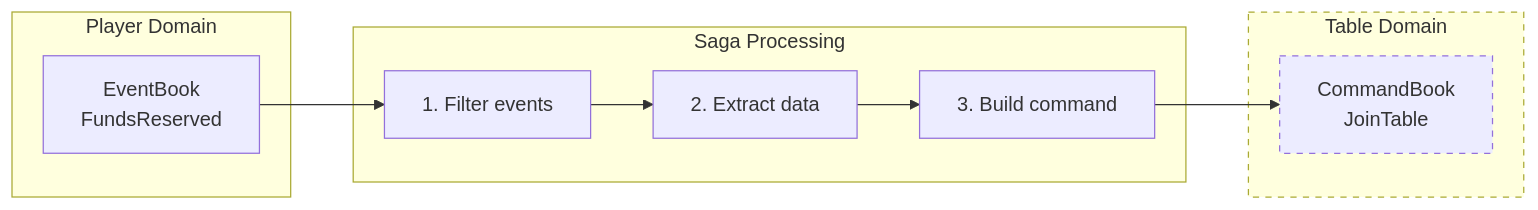
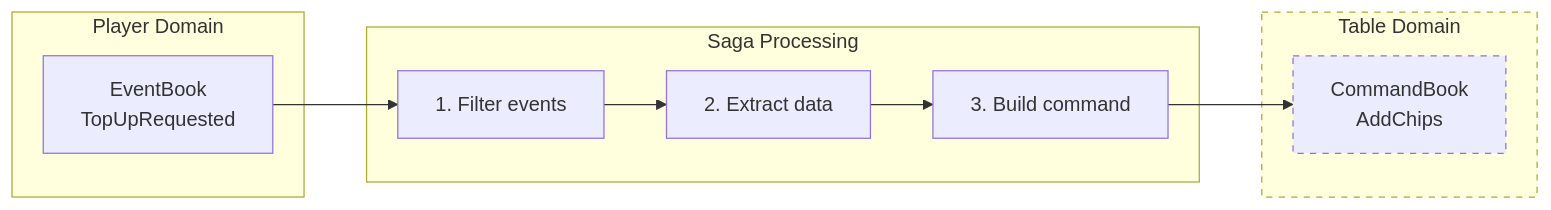
The diagram in site/src/content/docs/components/saga.mdx (angzarr-io/angzarr-project), drawn with Mermaid before and after one commit. The commit also changed other lines of this file and 30 other files, not shown here.

````diff
--- a/site/src/content/docs/components/saga.mdx
+++ b/site/src/content/docs/components/saga.mdx
@@ -36,23 +36,23 @@
 ```mermaid
 flowchart LR
     subgraph DomainA[Player Domain]
-        Input[EventBook<br/>FundsReserved]
+        Input[EventBook<br/>TopUpRequested]
     end
 
     subgraph Saga[Saga Processing]
         Filter[1. Filter events]
         Extract[2. Extract data]
         Build[3. Build command]
         Filter --> Extract --> Build
     end
 
     subgraph DomainB[Table Domain]
-        Output[CommandBook<br/>JoinTable]
+        Output[CommandBook<br/>AddChips]
     end
 
     Input --> Filter
     Build --> Output
 
     style DomainB stroke-dasharray: 5 5
     style Output stroke-dasharray: 5 5
 ```
````
